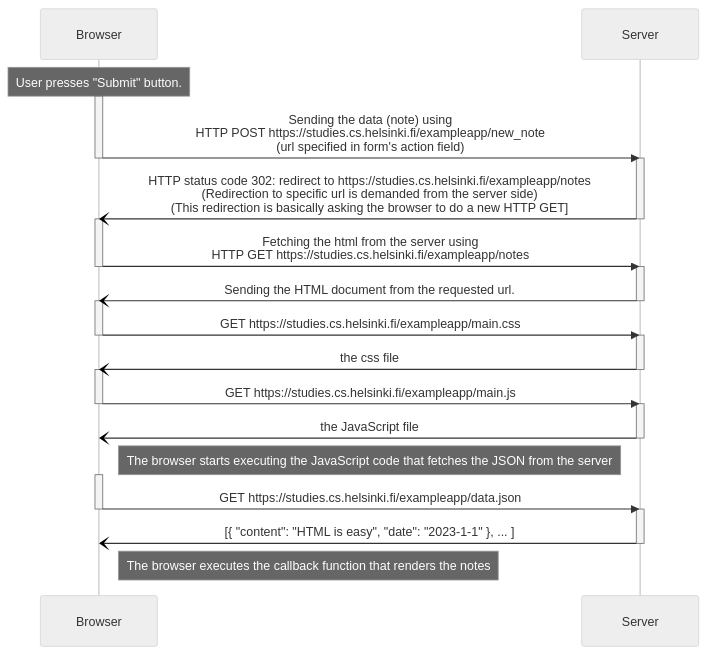
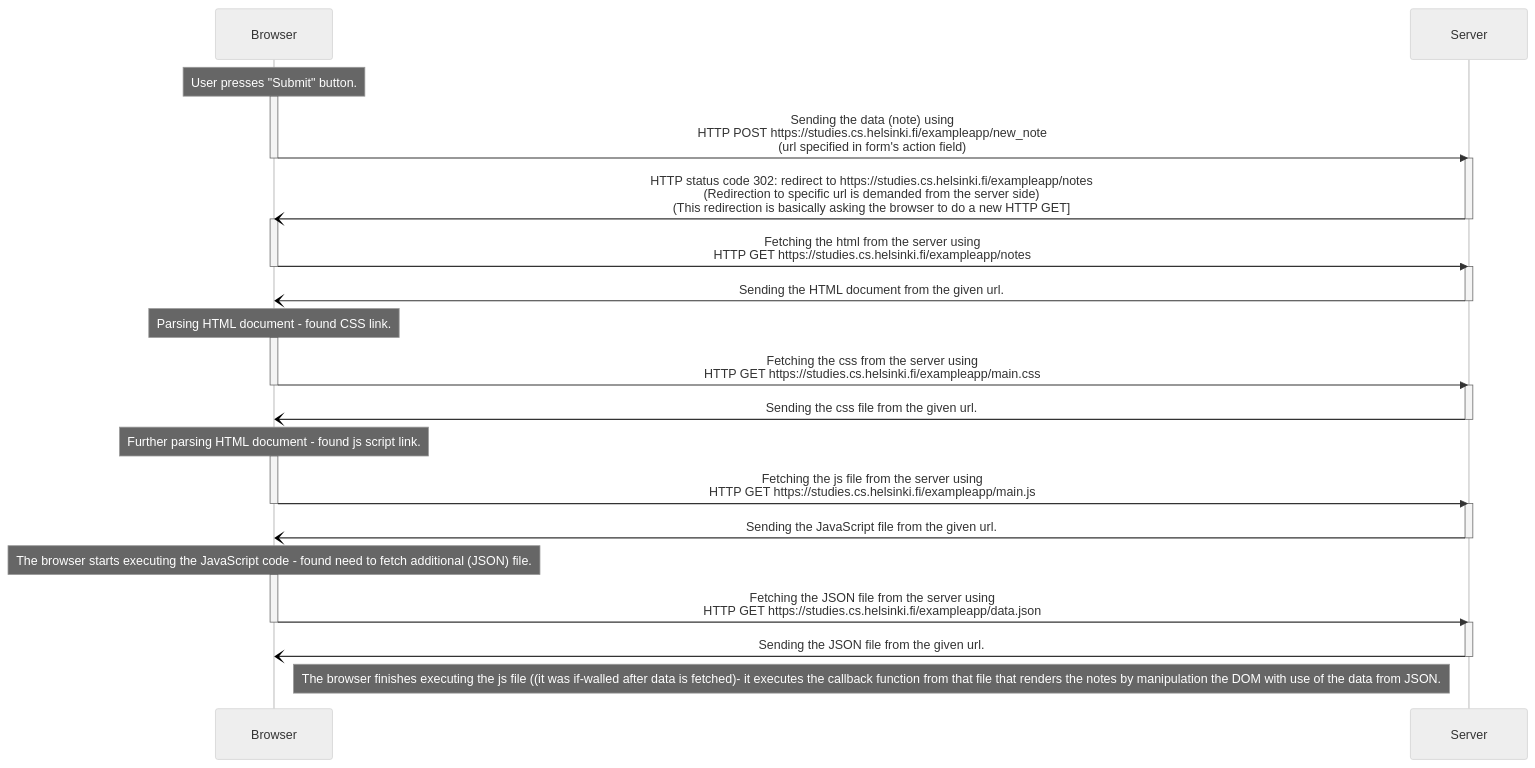
The diagram in part0/excercise0-4.md (szmaragdynia/FullstackLearning), drawn with Mermaid (neutral theme) before and after one commit.

Commit message:
adding substance to excercise content

````diff
--- a/part0/excercise0-4.md
+++ b/part0/excercise0-4.md
@@ -1,53 +1,56 @@
 ```mermaid
 
 
 
 sequenceDiagram
     participant b as Browser
     participant s as Server
     
         Note over b: User presses "Submit" button.
     
 
     activate b
         b->>s: Sending the data (note) using <br/> HTTP POST https://studies.cs.helsinki.fi/exampleapp/new_note <br/> (url specified in form's action field) 
     deactivate b
     activate s
         s-)b: HTTP status code 302: redirect to https://studies.cs.helsinki.fi/exampleapp/notes <br/> (Redirection to specific url is demanded from the server side) <br/> (This redirection is basically asking the browser to do a new HTTP GET]
     deactivate s
 
 
     activate b
         b->>s: Fetching the html from the server using <br/> HTTP GET https://studies.cs.helsinki.fi/exampleapp/notes
     deactivate b
     activate s
-        s-)b: Sending the HTML document from the requested url.
+        s-)b: Sending the HTML document from the given url.
     deactivate s
 
+        Note over b: Parsing HTML document - found CSS link.
+
+    activate b
+        b->>s: Fetching the css from the server using <br/> HTTP GET https://studies.cs.helsinki.fi/exampleapp/main.css
+    deactivate b
+    activate s
+        s-)b: Sending the css file from the given url.
+    deactivate s
+
+        Note over b: Further parsing HTML document - found js script link.
     
     activate b
-        b->>s: GET https://studies.cs.helsinki.fi/exampleapp/main.css
+        b->>s: Fetching the js file from the server using <br/> HTTP GET https://studies.cs.helsinki.fi/exampleapp/main.js
     deactivate b
     activate s
-        s-)b: the css file
+        s-)b: Sending the JavaScript file from the given url.
     deactivate s
+
+        Note over b: The browser starts executing the JavaScript code - found need to fetch additional (JSON) file.
     
     activate b
-        b->>s: GET https://studies.cs.helsinki.fi/exampleapp/main.js
+        b->>s:Fetching the JSON file from the server using <br/> HTTP GET https://studies.cs.helsinki.fi/exampleapp/data.json
     deactivate b
     activate s
-        s-)b: the JavaScript file
-    deactivate s
-    
-        Note right of b: The browser starts executing the JavaScript code that fetches the JSON from the server
-    
-    activate b
-        b->>s: GET https://studies.cs.helsinki.fi/exampleapp/data.json
-    deactivate b
-    activate s
-        s-)b: [{ "content": "HTML is easy", "date": "2023-1-1" }, ... ]
+        s-)b: Sending the JSON file from the given url.
     deactivate s
 
-        Note right of b: The browser executes the callback function that renders the notes
+        Note right of b: The browser finishes executing the js file ((it was if-walled after data is fetched)- it executes the callback function from that file that renders the notes by manipulation the DOM with use of the data from JSON.
     
 ```
````
